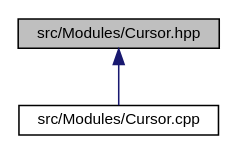
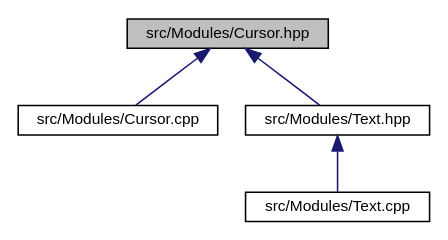
Before and after one commit to smejkalpetr/lib-ansi: the diagram in doc/Cursor_8hpp__dep__incl.dot, drawn with Graphviz. The commit also changed 82 other files, not shown here.

```diff
--- a/doc/Cursor_8hpp__dep__incl.dot
+++ b/doc/Cursor_8hpp__dep__incl.dot
@@ -1,9 +1,13 @@
 digraph "src/Modules/Cursor.hpp"
 {
  // LATEX_PDF_SIZE
   edge [fontname="Helvetica",fontsize="10",labelfontname="Helvetica",labelfontsize="10"];
   node [fontname="Helvetica",fontsize="10",shape=record];
   Node1 [label="src/Modules/Cursor.hpp",height=0.2,width=0.4,color="black", fillcolor="grey75", style="filled", fontcolor="black",tooltip=" "];
   Node1 -> Node2 [dir="back",color="midnightblue",fontsize="10",style="solid",fontname="Helvetica"];
   Node2 [label="src/Modules/Cursor.cpp",height=0.2,width=0.4,color="black", fillcolor="white", style="filled",URL="$Cursor_8cpp.html",tooltip=" "];
+  Node1 -> Node3 [dir="back",color="midnightblue",fontsize="10",style="solid",fontname="Helvetica"];
+  Node3 [label="src/Modules/Text.hpp",height=0.2,width=0.4,color="black", fillcolor="white", style="filled",URL="$Text_8hpp.html",tooltip=" "];
+  Node3 -> Node4 [dir="back",color="midnightblue",fontsize="10",style="solid",fontname="Helvetica"];
+  Node4 [label="src/Modules/Text.cpp",height=0.2,width=0.4,color="black", fillcolor="white", style="filled",URL="$Text_8cpp.html",tooltip=" "];
 }
```
